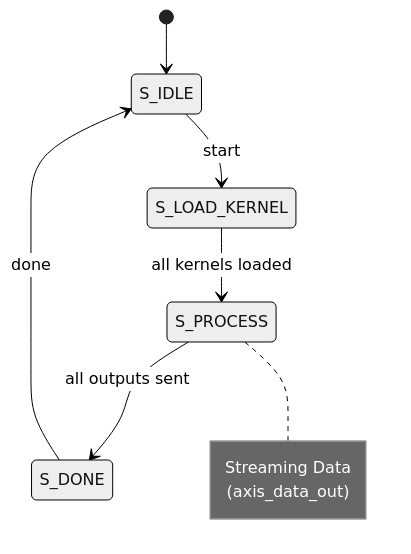
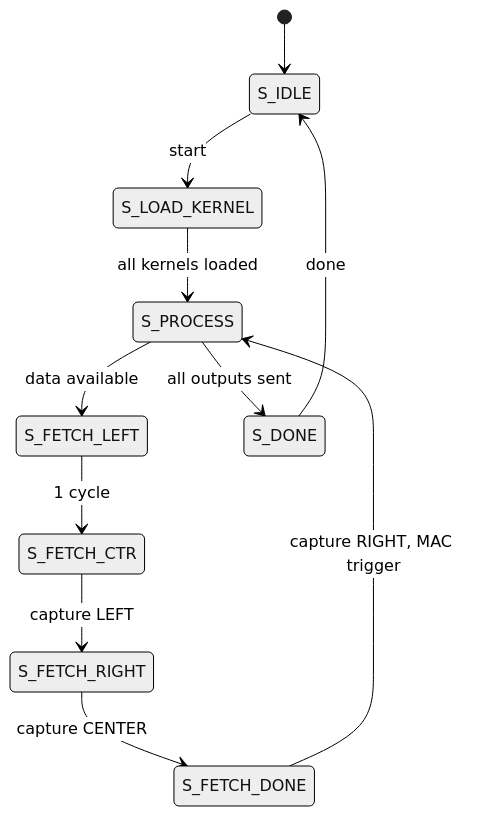
Before and after one commit to tom1209-netizen/vit-tiny-accelerator: the first of 2 diagrams in fpga/docs/depthwise_conv_unit.md, drawn with Mermaid (neutral theme). The commit also changed other lines of this file and 7 other files, not shown here.

````diff
--- a/fpga/docs/depthwise_conv_unit.md
+++ b/fpga/docs/depthwise_conv_unit.md
@@ -161,13 +181,14 @@
 ```mermaid
-stateDiagram
-  direction TB
-  [*] --> S_IDLE
-  S_IDLE --> S_LOAD_KERNEL:start
-  S_LOAD_KERNEL --> S_PROCESS:all kernels loaded
-  S_PROCESS --> S_DONE:all outputs sent
-  S_DONE --> S_IDLE:done
-  note right of S_PROCESS 
-  Streaming Data
-        (axis_data_out)
-  end note
+stateDiagram-v2
+    direction TB
+    [*] --> S_IDLE
+    S_IDLE --> S_LOAD_KERNEL: start
+    S_LOAD_KERNEL --> S_PROCESS: all kernels loaded
+    S_PROCESS --> S_FETCH_LEFT: data available
+    S_FETCH_LEFT --> S_FETCH_CTR: 1 cycle
+    S_FETCH_CTR --> S_FETCH_RIGHT: capture LEFT
+    S_FETCH_RIGHT --> S_FETCH_DONE: capture CENTER
+    S_FETCH_DONE --> S_PROCESS: capture RIGHT, MAC trigger
+    S_PROCESS --> S_DONE: all outputs sent
+    S_DONE --> S_IDLE: done
 ```
````
